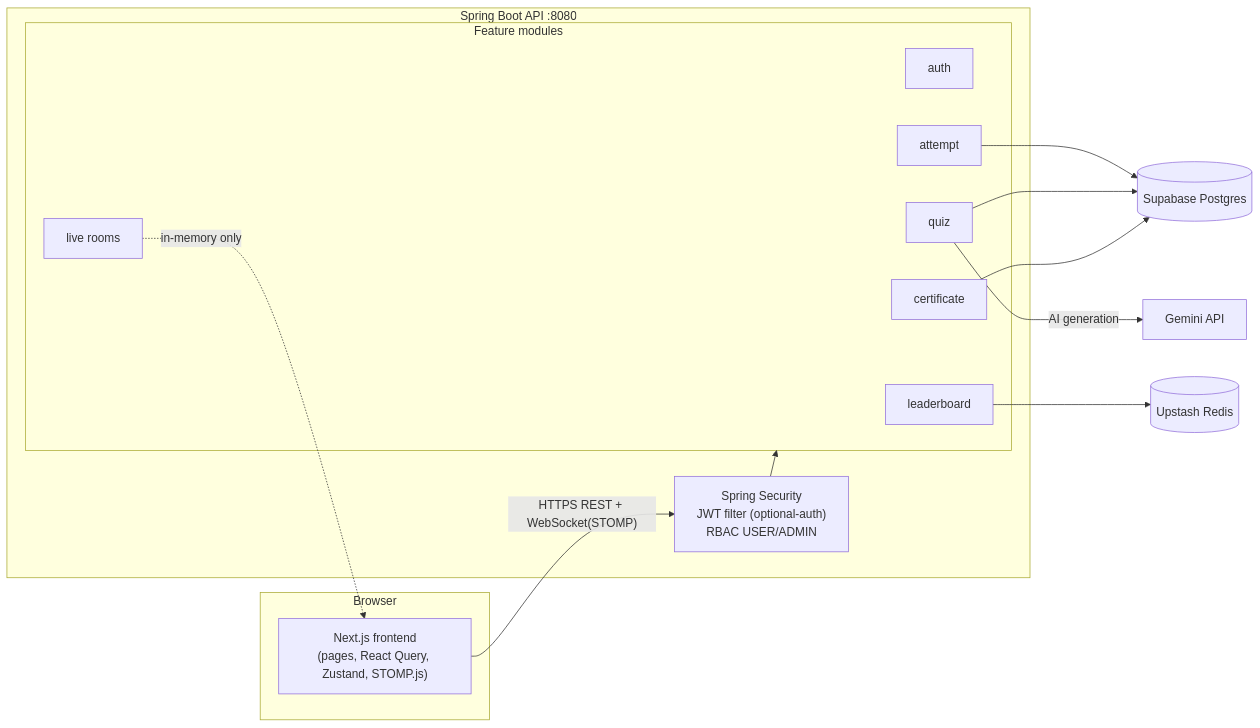
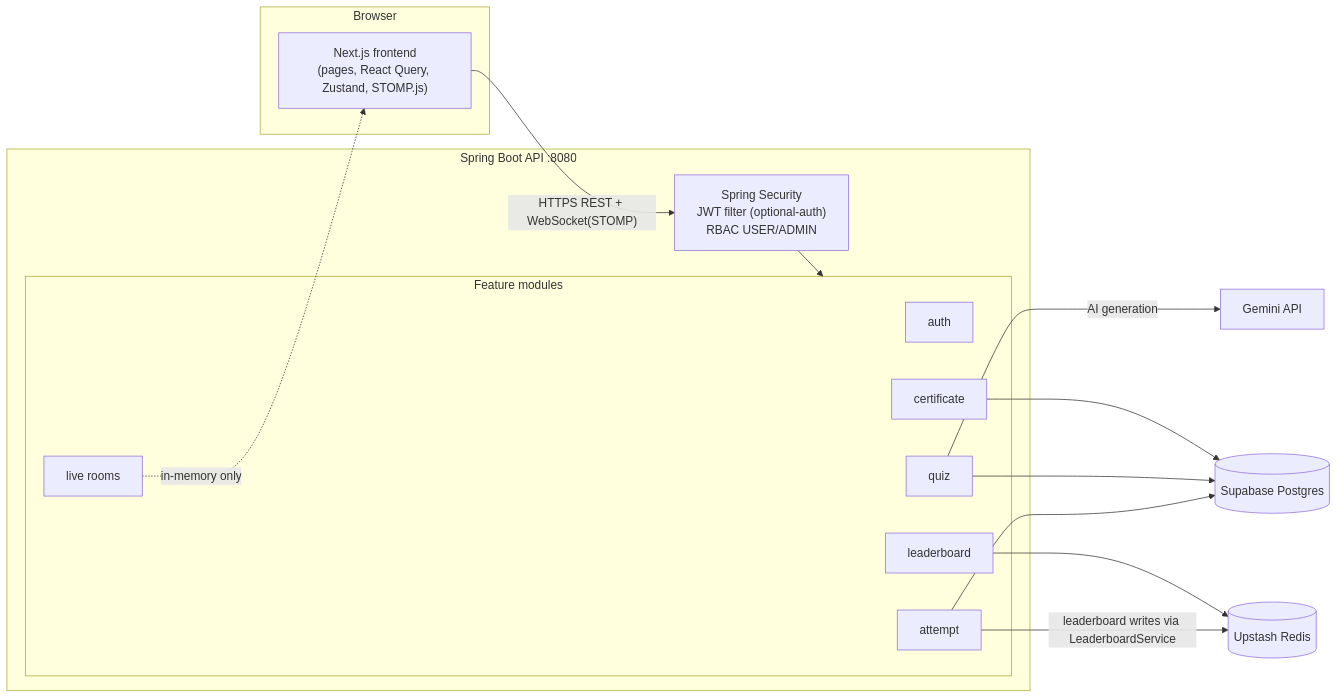
The first of 9 diagrams in ARCHITECTURE.md (govind516/Quiz-App), drawn with Mermaid before and after one commit. The commit also changed other lines of this file and 1 other file, not shown here.

Commit message:
docs: correct ARCHITECTURE.md per review — CSV examples, ERD join-table/TAGS.name, ATT->RD edge, PLAYABLE note, expiresAt payload, decisions section; rename admin stat label

````diff
--- a/ARCHITECTURE.md
+++ b/ARCHITECTURE.md
@@ -13,31 +13,32 @@
 ```mermaid
 flowchart LR
     subgraph Client["Browser"]
         FE["Next.js frontend\n(pages, React Query, Zustand, STOMP.js)"]
     end
 
     subgraph Backend["Spring Boot API :8080"]
         SEC["Spring Security\nJWT filter (optional-auth)\nRBAC USER/ADMIN"]
         subgraph Modules["Feature modules"]
             AUTH["auth"]
             QUIZ["quiz"]
             ATT["attempt"]
             LB["leaderboard"]
             CERT["certificate"]
             LIVE["live rooms"]
         end
     end
 
     DB[("Supabase Postgres")]
     RD[("Upstash Redis")]
     GM["Gemini API"]
 
     FE -->|"HTTPS REST + WebSocket(STOMP)"| SEC
     SEC --> Modules
     ATT --> DB
+    ATT -->|"leaderboard writes via LeaderboardService"| RD
     QUIZ --> DB
     CERT --> DB
     LIVE -. "in-memory only" .-> FE
     LB --> RD
     QUIZ -->|"AI generation"| GM
 ```
````
